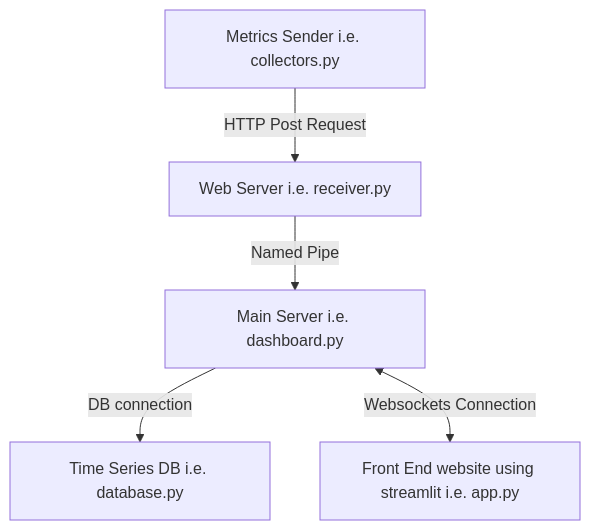
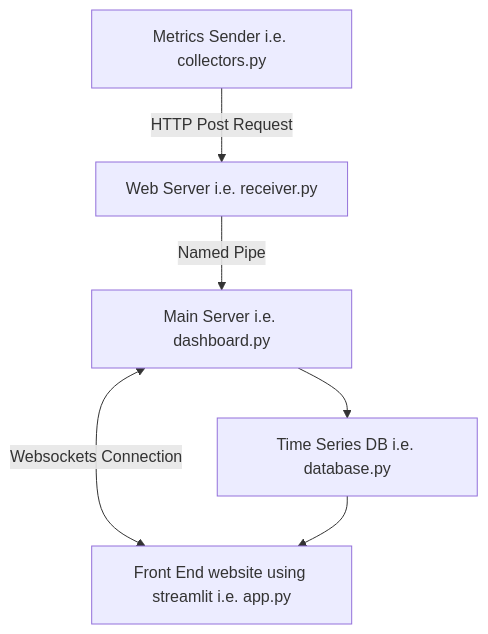
Before and after one commit to nickolasddiaz/COP-3604-Linux-Infrastructure-Observability-Dashboard-Project: the diagram in README.md, drawn with Mermaid. The commit also changed 3 other files, not shown here.

Commit message:
Added a live feed using websockets

````diff
--- a/README.md
+++ b/README.md
@@ -33,7 +33,8 @@
 ```mermaid
 graph TD;
-    A[Metrics Sender i.e. collectors.py]--> |HTTP Post Request| B[Web Server i.e. receiver.py];
-    B--> |Named Pipe| C[Main Server i.e. dashboard.py];
-    C--> |DB connection| D[Time Series DB i.e. database.py];
-    C<--> |Websockets Connection|E[Front End website using streamlit i.e. app.py];
+    A[Metrics Sender i.e. collectors.py] --> |HTTP Post Request| B[Web Server i.e. receiver.py];
+    B --> |Named Pipe| C[Main Server i.e. dashboard.py];
+    C --> D[Time Series DB i.e. database.py];
+    C <--> |Websockets Connection|E[Front End website using streamlit i.e. app.py];
+    D --> E
 ```
````
